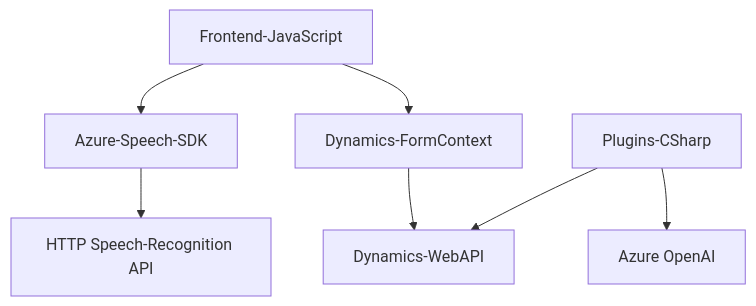
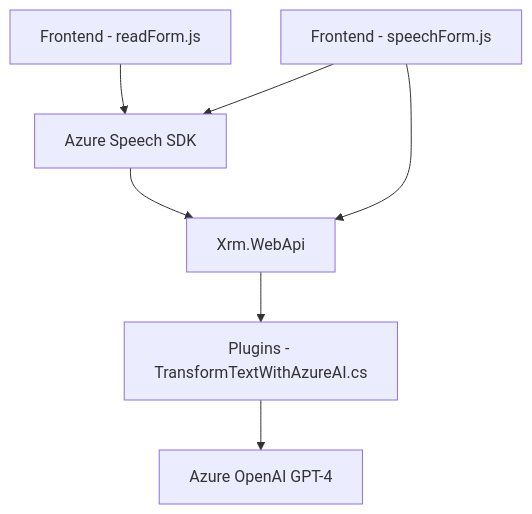
The diagram in README.md (blopezdm/NETCORE_BILBAO2025), drawn with Mermaid before and after one commit. The commit also changed other lines of this file, not shown here.

````diff
--- a/README.md
+++ b/README.md
@@ -41,17 +61,9 @@
 ```mermaid
 graph TD
-  A[Frontend-JavaScript]
-  B[Azure-Speech-SDK]
-  C[Dynamics-FormContext]
-  D["HTTP Speech-Recognition API"]
-  E[Azure OpenAI]
-  F[Plugins-CSharp]
-  G[Dynamics-WebAPI]
-
-  A --> B
-  A --> C
-  B --> D
-  C --> G
-  F --> G
-  F --> E
+  B1["Frontend - readForm.js"] --> SpeechSDK["Azure Speech SDK"]
+  SpeechSDK --> DynaApi["Xrm.WebApi"]
+  B2["Frontend - speechForm.js"] --> SpeechSDK
+  B2 --> DynaApi
+  DynaApi --> Backend["Plugins - TransformTextWithAzureAI.cs"]
+  Backend --> OpenAI["Azure OpenAI GPT-4"]
 ```
````
